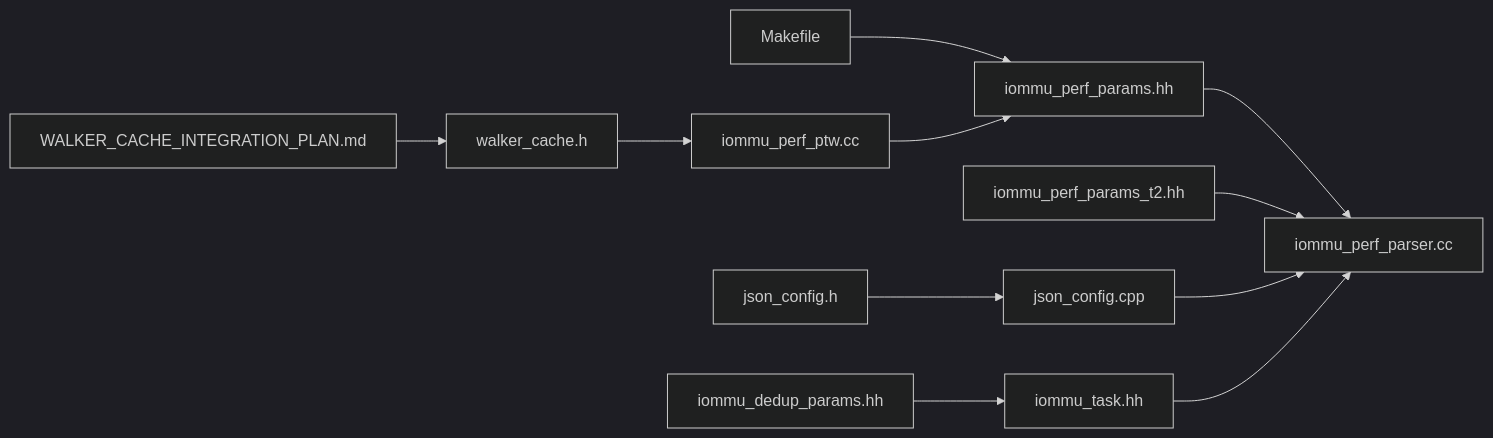
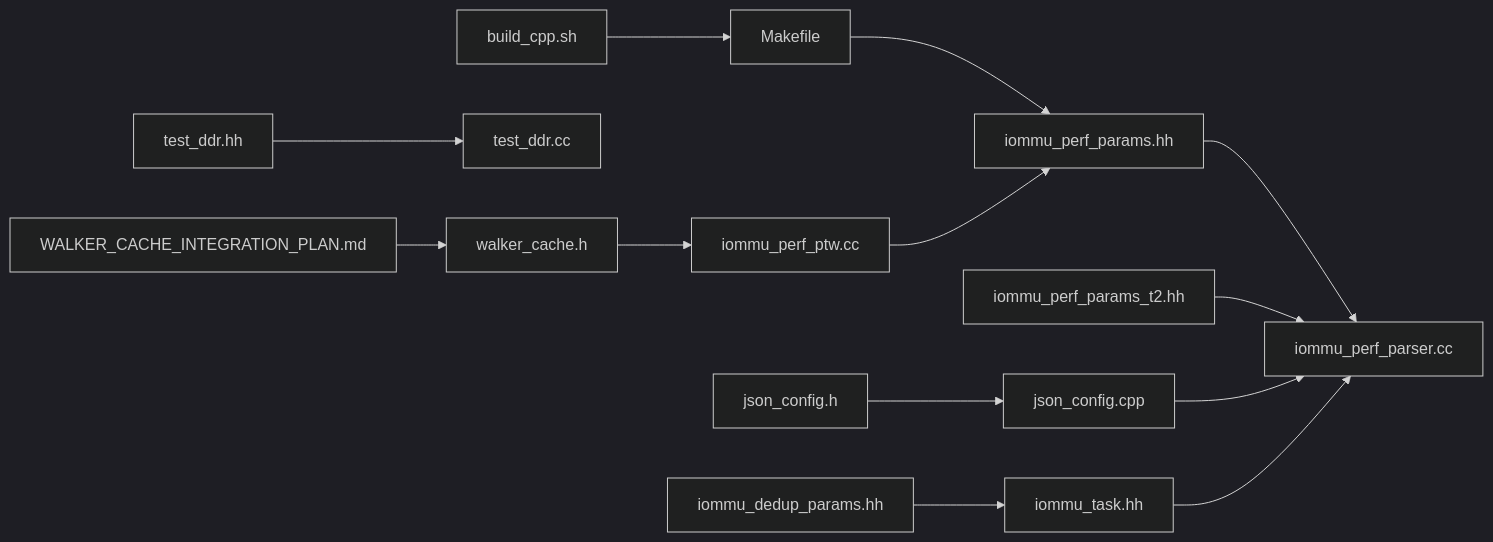
One commit to jiangjiang1122/iommu_model_20260401_v1 changed the sixth of 6 diagrams in .qoder/repowiki/zh/content/性能模型/性能参数配置.md. Above: the diagram before and after it, drawn with Mermaid (dark theme). The commit also changed other lines of this file and 186 other files, not shown here.

````diff
--- a/.qoder/repowiki/zh/content/性能模型/性能参数配置.md
+++ b/.qoder/repowiki/zh/content/性能模型/性能参数配置.md
@@ -340,13 +425,15 @@
 ```mermaid
 graph LR
 PP["iommu_perf_params.hh"] --> PR["iommu_perf_parser.cc"]
 PP2["iommu_perf_params_t2.hh"] --> PR
 JC["json_config.cpp"] --> PR
 JH["json_config.h"] --> JC
 TS["iommu_task.hh"] --> PR
 DP["iommu_dedup_params.hh"] --> TS
 MK["Makefile"] --> PP
 WC["walker_cache.h"] --> PT["iommu_perf_ptw.cc"]
 PT --> PP
 WCI["WALKER_CACHE_INTEGRATION_PLAN.md"] --> WC
+DDRH["test_ddr.hh"] --> DDRC["test_ddr.cc"]
+BSC["build_cpp.sh"] --> MK
 ```
````
